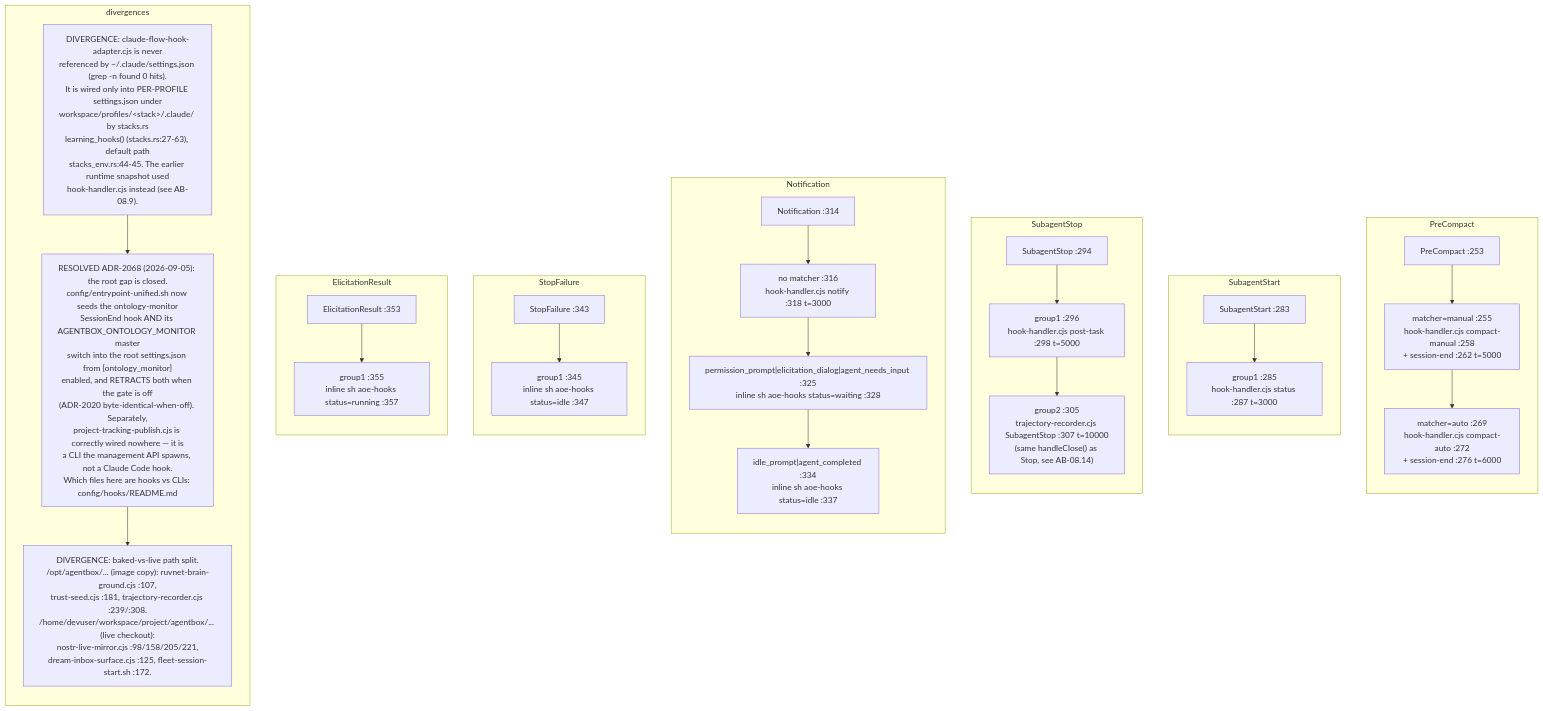
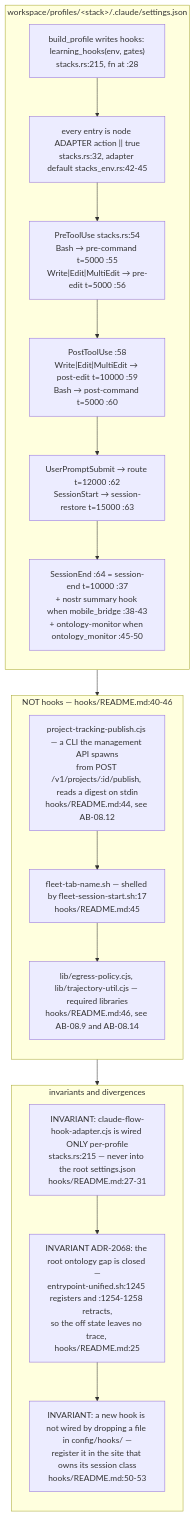
The second of 14 diagrams in docs/diagrams/agentbox/08-hooks-pipeline.md (DreamLab-AI/VisionFlow), drawn with Mermaid before and after one commit. The commit also changed other lines of this file and 7 other files, not shown here.

Commit message:
docs(diagrams): bind closeout security and retrieval flows to source

````diff
--- a/docs/diagrams/agentbox/08-hooks-pipeline.md
+++ b/docs/diagrams/agentbox/08-hooks-pipeline.md
@@ -92,50 +101,28 @@
 ```mermaid
 flowchart TB
-    subgraph PCG["PreCompact"]
+    subgraph PP["workspace/profiles/#60;stack#62;/.claude/settings.json"]
     direction TB
-    PC0["PreCompact :253"]
-    PC1["matcher=manual :255<br/>hook-handler.cjs compact-manual :258<br/>+ session-end :262 t=5000"]
-    PC2["matcher=auto :269<br/>hook-handler.cjs compact-auto :272<br/>+ session-end :276 t=6000"]
-    PC0 --> PC1 --> PC2
+    P0["build_profile writes hooks: learning_hooks#40;env, gates#41;<br/>stacks.rs:215, fn at :28"]
+    P1["every entry is node ADAPTER action #124;#124; true<br/>stacks.rs:32, adapter default stacks_env.rs:42-45"]
+    P2["PreToolUse stacks.rs:54<br/>Bash → pre-command t=5000 :55<br/>Write#124;Edit#124;MultiEdit → pre-edit t=5000 :56"]
+    P3["PostToolUse :58<br/>Write#124;Edit#124;MultiEdit → post-edit t=10000 :59<br/>Bash → post-command t=5000 :60"]
+    P4["UserPromptSubmit → route t=12000 :62<br/>SessionStart → session-restore t=15000 :63"]
+    P5["SessionEnd :64 = session-end t=10000 :37<br/>+ nostr summary hook when mobile_bridge :38-43<br/>+ ontology-monitor when ontology_monitor :45-50"]
+    P0 --> P1 --> P2 --> P3 --> P4 --> P5
     end
-    subgraph SASG["SubagentStart"]
+    subgraph NOT["NOT hooks — hooks/README.md:40-46"]
     direction TB
-    SAS0["SubagentStart :283"]
-    SAS1["group1 :285<br/>hook-handler.cjs status :287 t=3000"]
-    SAS0 --> SAS1
+    N1["project-tracking-publish.cjs — a CLI the management API spawns<br/>from POST /v1/projects/:id/publish, reads a digest on stdin<br/>hooks/README.md:44, see AB-08.12"]
+    N2["fleet-tab-name.sh — shelled by fleet-session-start.sh:17<br/>hooks/README.md:45"]
+    N3["lib/egress-policy.cjs, lib/trajectory-util.cjs — required libraries<br/>hooks/README.md:46, see AB-08.9 and AB-08.14"]
+    N1 --> N2 --> N3
     end
-    subgraph SASTG["SubagentStop"]
+    subgraph INV["invariants and divergences"]
     direction TB
-    SAST0["SubagentStop :294"]
-    SAST1["group1 :296<br/>hook-handler.cjs post-task :298 t=5000"]
-    SAST2["group2 :305<br/>trajectory-recorder.cjs SubagentStop :307 t=10000<br/>#40;same handleClose#40;#41; as Stop, see AB-08.14#41;"]
-    SAST0 --> SAST1 --> SAST2
+    I1["INVARIANT: claude-flow-hook-adapter.cjs is wired ONLY per-profile<br/>stacks.rs:215 — never into the root settings.json<br/>hooks/README.md:27-31"]
+    I2["INVARIANT ADR-2068: the root ontology gap is closed —<br/>entrypoint-unified.sh:1245 registers and :1254-1258 retracts,<br/>so the off state leaves no trace, hooks/README.md:25"]
+    I3["INVARIANT: a new hook is not wired by dropping a file in config/hooks/ —<br/>register it in the site that owns its session class<br/>hooks/README.md:50-53"]
+    I1 --> I2 --> I3
     end
-    subgraph NG["Notification"]
-    direction TB
-    N0["Notification :314"]
-    N1["no matcher :316<br/>hook-handler.cjs notify :318 t=3000"]
-    N2["permission_prompt#124;elicitation_dialog#124;agent_needs_input :325<br/>inline sh aoe-hooks status=waiting :328"]
-    N3["idle_prompt#124;agent_completed :334<br/>inline sh aoe-hooks status=idle :337"]
-    N0 --> N1 --> N2 --> N3
-    end
-    subgraph SFG["StopFailure"]
-    direction TB
-    SF0["StopFailure :343"]
-    SF1["group1 :345<br/>inline sh aoe-hooks status=idle :347"]
-    SF0 --> SF1
-    end
-    subgraph ERG["ElicitationResult"]
-    direction TB
-    ER0["ElicitationResult :353"]
-    ER1["group1 :355<br/>inline sh aoe-hooks status=running :357"]
-    ER0 --> ER1
-    end
-    subgraph DIVG["divergences"]
-    direction TB
-    DIV1["DIVERGENCE: claude-flow-hook-adapter.cjs is never<br/>referenced by ~/.claude/settings.json #40;grep -n found 0 hits#41;.<br/>It is wired only into PER-PROFILE settings.json under<br/>workspace/profiles/#60;stack#62;/.claude/ by stacks.rs<br/>learning_hooks#40;#41; #40;stacks.rs:27-63#41;, default path<br/>stacks_env.rs:44-45. The earlier runtime snapshot used<br/>hook-handler.cjs instead #40;see AB-08.9#41;."]
-    DIV2["RESOLVED ADR-2068 #40;2026-09-05#41;: the root gap is closed.<br/>config/entrypoint-unified.sh now seeds the ontology-monitor<br/>SessionEnd hook AND its AGENTBOX_ONTOLOGY_MONITOR master<br/>switch into the root settings.json from #91;ontology_monitor#93;<br/>enabled, and RETRACTS both when the gate is off<br/>#40;ADR-2020 byte-identical-when-off#41;. Separately,<br/>project-tracking-publish.cjs is correctly wired nowhere — it is<br/>a CLI the management API spawns, not a Claude Code hook.<br/>Which files here are hooks vs CLIs: config/hooks/README.md"]
-    DIV3["DIVERGENCE: baked-vs-live path split.<br/>#47;opt#47;agentbox#47;... #40;image copy#41;: ruvnet-brain-ground.cjs :107,<br/>trust-seed.cjs :181, trajectory-recorder.cjs :239/:308.<br/>#47;home#47;devuser#47;workspace#47;project#47;agentbox#47;... #40;live checkout#41;:<br/>nostr-live-mirror.cjs :98/158/205/221,<br/>dream-inbox-surface.cjs :125, fleet-session-start.sh :172."]
-    DIV1 --> DIV2 --> DIV3
-    end
+    PP --> NOT --> INV
 ```
````
